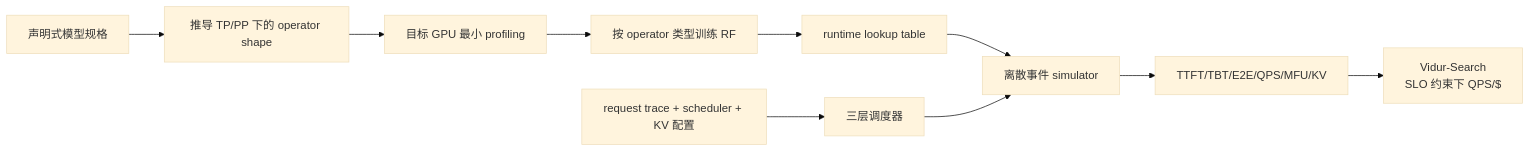
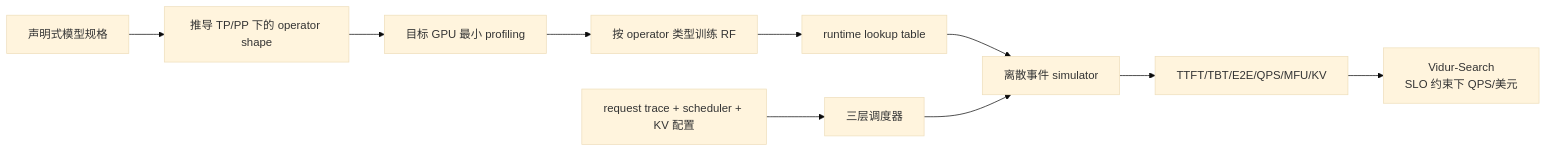
The diagram in paper_notes/papers/06_vidur.md (vikawq/yewllo_blue_sync), drawn with Mermaid (base theme) before and after one commit. The commit also changed other lines of this file and 10 other files, not shown here.

````diff
--- a/paper_notes/papers/06_vidur.md
+++ b/paper_notes/papers/06_vidur.md
@@ -92,12 +92,12 @@
 ```mermaid
 flowchart LR
     A["声明式模型规格"] --> B["推导 TP/PP 下的 operator shape"]
     B --> C["目标 GPU 最小 profiling"]
     C --> D["按 operator 类型训练 RF"]
     D --> E["runtime lookup table"]
     F["request trace + scheduler + KV 配置"] --> G["三层调度器"]
     E --> H["离散事件 simulator"]
     G --> H
     H --> I["TTFT/TBT/E2E/QPS/MFU/KV"]
-    I --> J["Vidur-Search<br/>SLO 约束下 QPS/$"]
+I --> J["Vidur-Search<br/>SLO 约束下 QPS/美元"]
 ```
````
